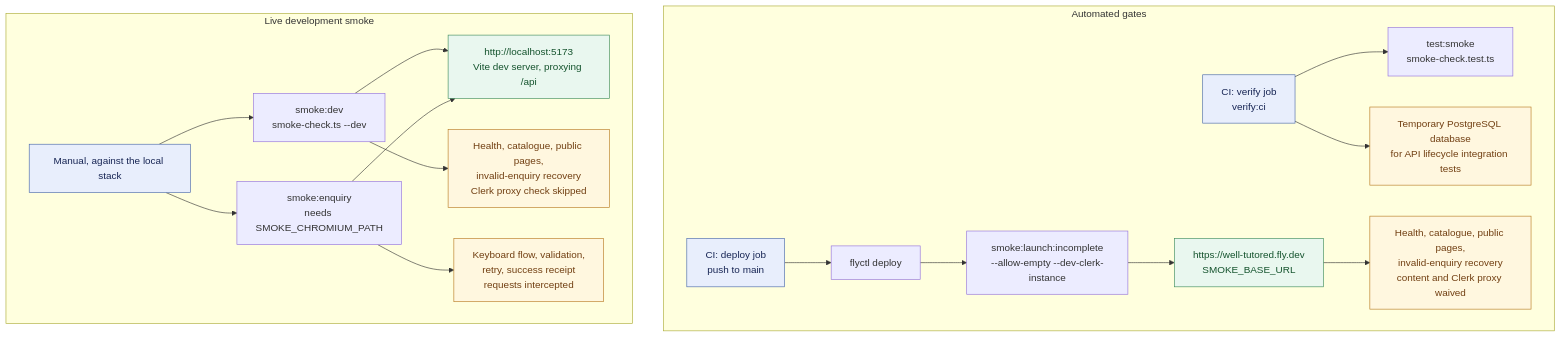
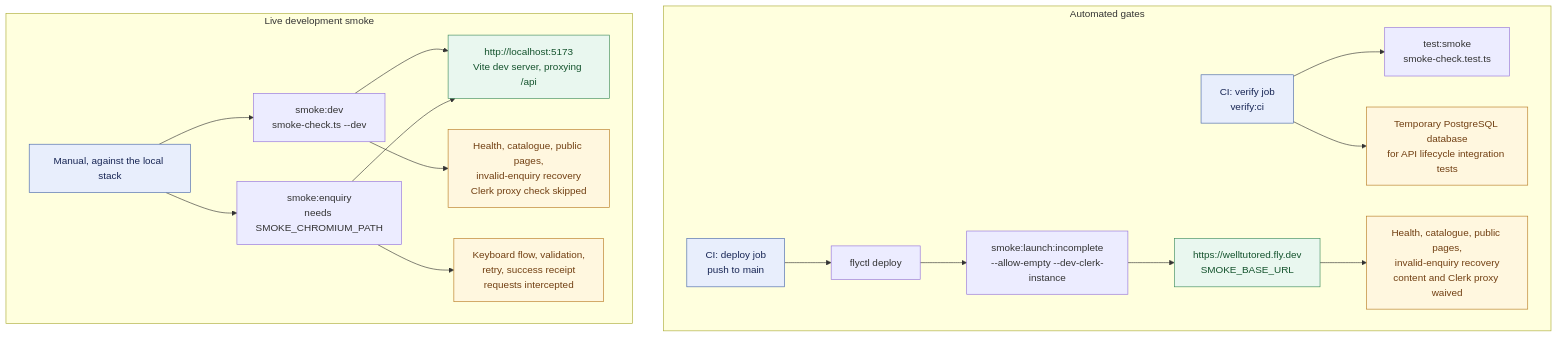
One commit to sumau/taughtbyher changed the diagram in docs/testing.md. Above: the diagram before and after it, drawn with Mermaid. The commit also changed other lines of this file and 130 other files, not shown here.

````diff
--- a/docs/testing.md
+++ b/docs/testing.md
@@ -17,27 +17,27 @@
 ```mermaid
 flowchart TB
   subgraph automated["Automated gates"]
     ci["CI: verify job<br/>verify:ci"] --> ciHelpers["test:smoke<br/>smoke-check.test.ts"]
     ci --> ciDb["Temporary PostgreSQL database<br/>for API lifecycle integration tests"]
     deploy["CI: deploy job<br/>push to main"] --> flyDeploy["flyctl deploy"]
     flyDeploy --> deployLaunch["smoke:launch:incomplete<br/>--allow-empty --dev-clerk-instance"]
-    deployLaunch --> deployTarget["https://well-tutored.fly.dev<br/>SMOKE_BASE_URL"]
+    deployLaunch --> deployTarget["https://welltutored.fly.dev<br/>SMOKE_BASE_URL"]
     deployTarget --> deployCoverage["Health, catalogue, public pages,<br/>invalid-enquiry recovery<br/>content and Clerk proxy waived"]
   end
 
   subgraph development["Live development smoke"]
     manualDev["Manual, against the local stack"] --> devLaunch["smoke:dev<br/>smoke-check.ts --dev"]
     manualDev --> devBrowser["smoke:enquiry<br/>needs SMOKE_CHROMIUM_PATH"]
     devLaunch --> devTarget["http://localhost:5173<br/>Vite dev server, proxying /api"]
     devBrowser --> devTarget
     devLaunch --> devCoverage["Health, catalogue, public pages,<br/>invalid-enquiry recovery<br/>Clerk proxy check skipped"]
     devBrowser --> devBrowserCoverage["Keyboard flow, validation,<br/>retry, success receipt<br/>requests intercepted"]
   end
 
   classDef gate fill:#e8eefc,stroke:#4666a8,color:#172554
   classDef target fill:#e9f7ef,stroke:#3b8a5a,color:#14532d
   classDef coverage fill:#fff7df,stroke:#b7791f,color:#713f12
   class ci,deploy,manualDev gate
   class devTarget,deployTarget target
   class devCoverage,devBrowserCoverage,deployCoverage,ciDb coverage
 ```
````
